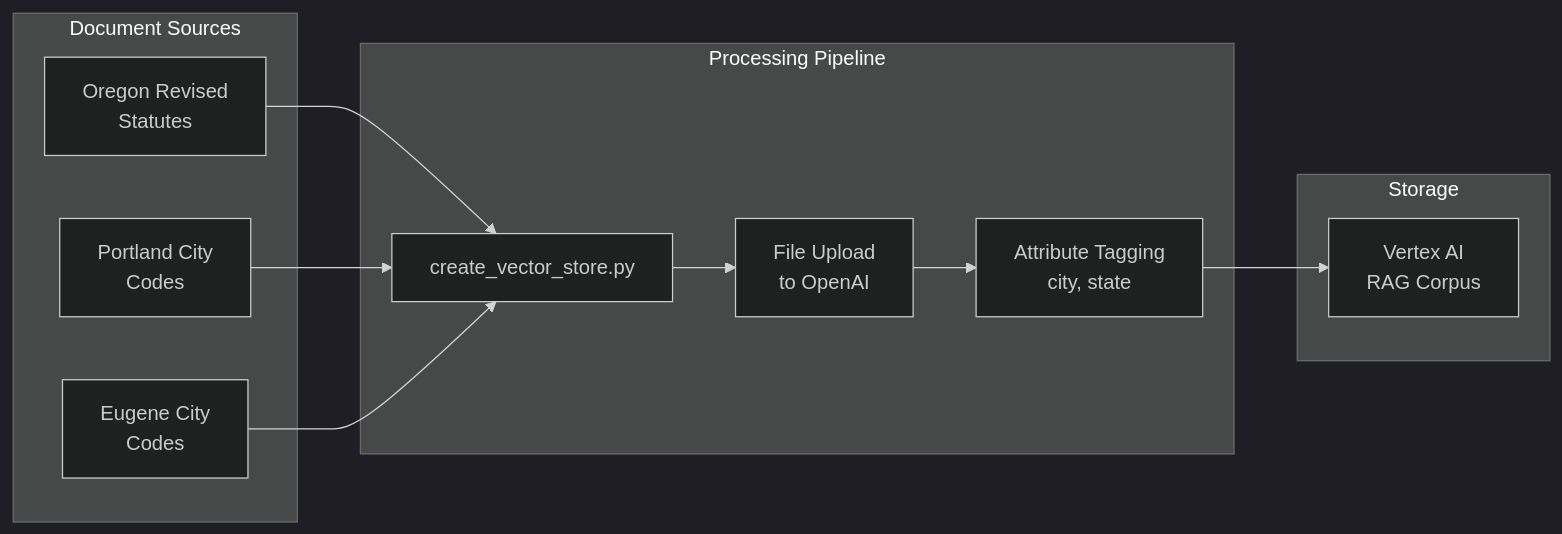
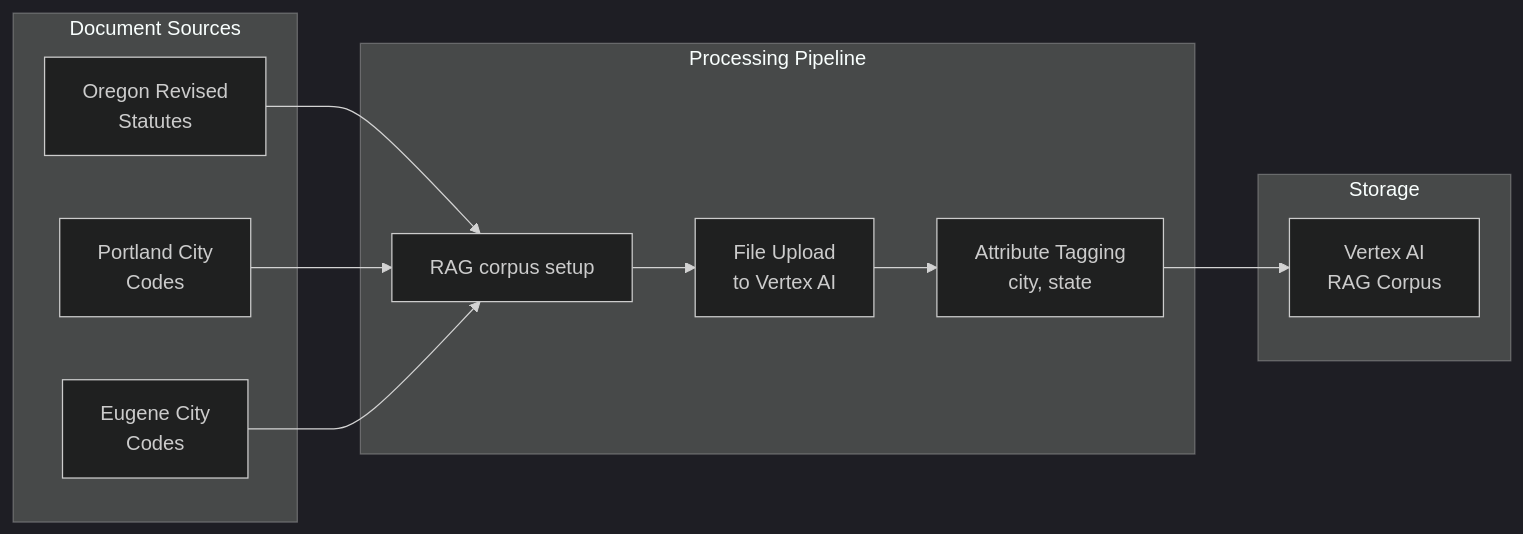
The second of 7 diagrams in Architecture.md (codeforpdx/tenantfirstaid), drawn with Mermaid (dark theme) before and after one commit. The commit also changed other lines of this file and 37 other files, not shown here.

````diff
--- a/Architecture.md
+++ b/Architecture.md
@@ -121,25 +140,25 @@
 ```mermaid
 graph LR
     subgraph "Document Sources"
         ORS[Oregon Revised<br/>Statutes]
         Portland[Portland City<br/>Codes]
         Eugene[Eugene City<br/>Codes]
     end
 
     subgraph "Processing Pipeline"
-        Script[create_vector_store.py]
-        Upload[File Upload<br/>to OpenAI]
+        Script[RAG corpus setup]
+        Upload[File Upload<br/>to Vertex AI]
         Metadata[Attribute Tagging<br/>city, state]
     end
 
     subgraph "Storage"
         VectorStore[Vertex AI<br/>RAG Corpus]
     end
 
     ORS --> Script
     Portland --> Script
     Eugene --> Script
     Script --> Upload
     Upload --> Metadata
     Metadata --> VectorStore
 ```
````
